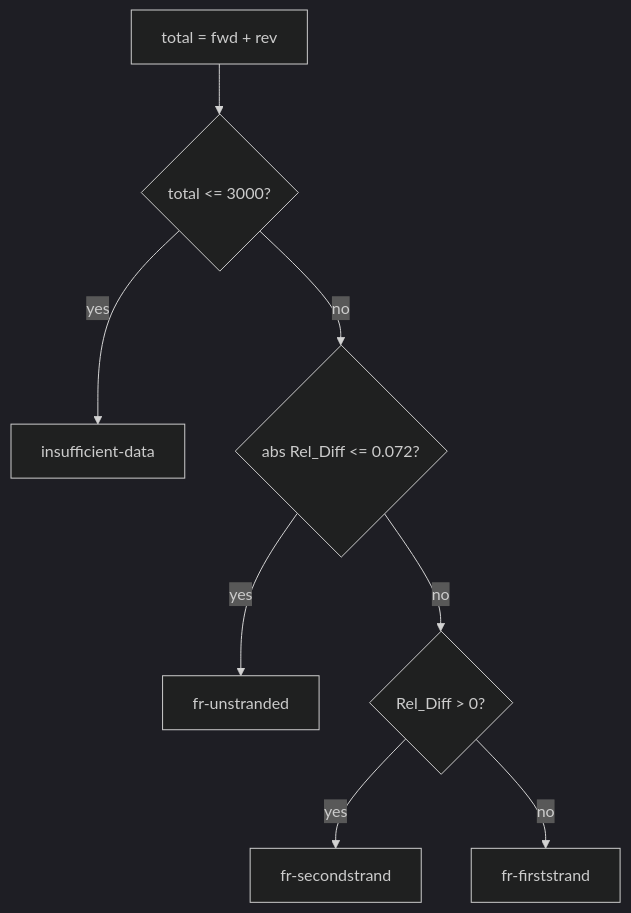
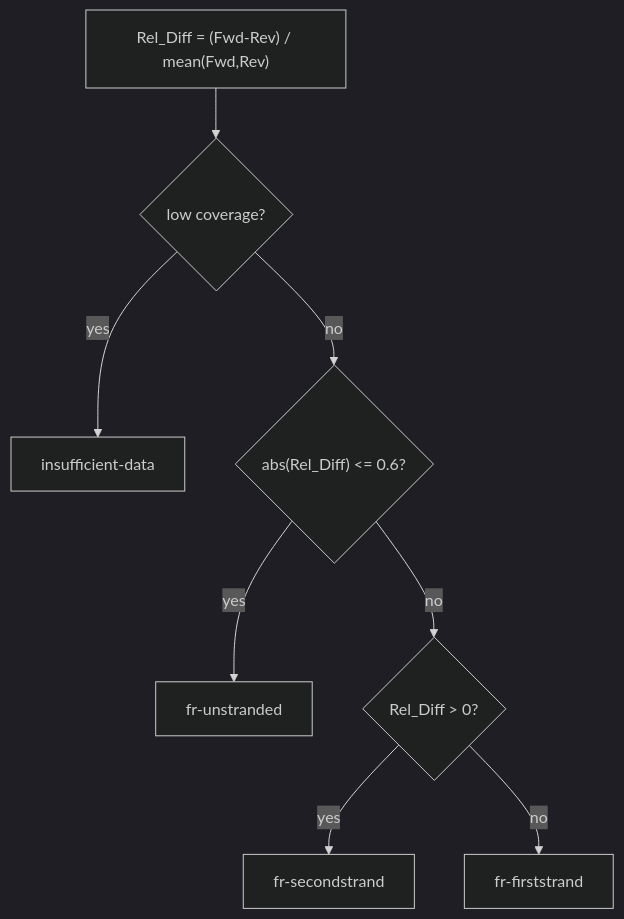
The third of 3 diagrams in README.md (yudalang3/resolveS), drawn with Mermaid (dark theme) before and after one commit. The commit also changed other lines of this file and 1 other file, not shown here.

````diff
--- a/README.md
+++ b/README.md
@@ -292,10 +226,10 @@
 ```mermaid
 flowchart TD
-    A["total = fwd + rev"] --> B{"total <= 3000?"}
+    A["Rel_Diff = (Fwd-Rev) / mean(Fwd,Rev)"] --> B{"low coverage?"}
     B -->|yes| C["insufficient-data"]
-    B -->|no| D{"abs Rel_Diff <= 0.072?"}
+    B -->|no| D{"abs(Rel_Diff) <= 0.6?"}
     D -->|yes| E["fr-unstranded"]
     D -->|no| F{"Rel_Diff > 0?"}
     F -->|yes| G["fr-secondstrand"]
     F -->|no| H["fr-firststrand"]
 ```
````
